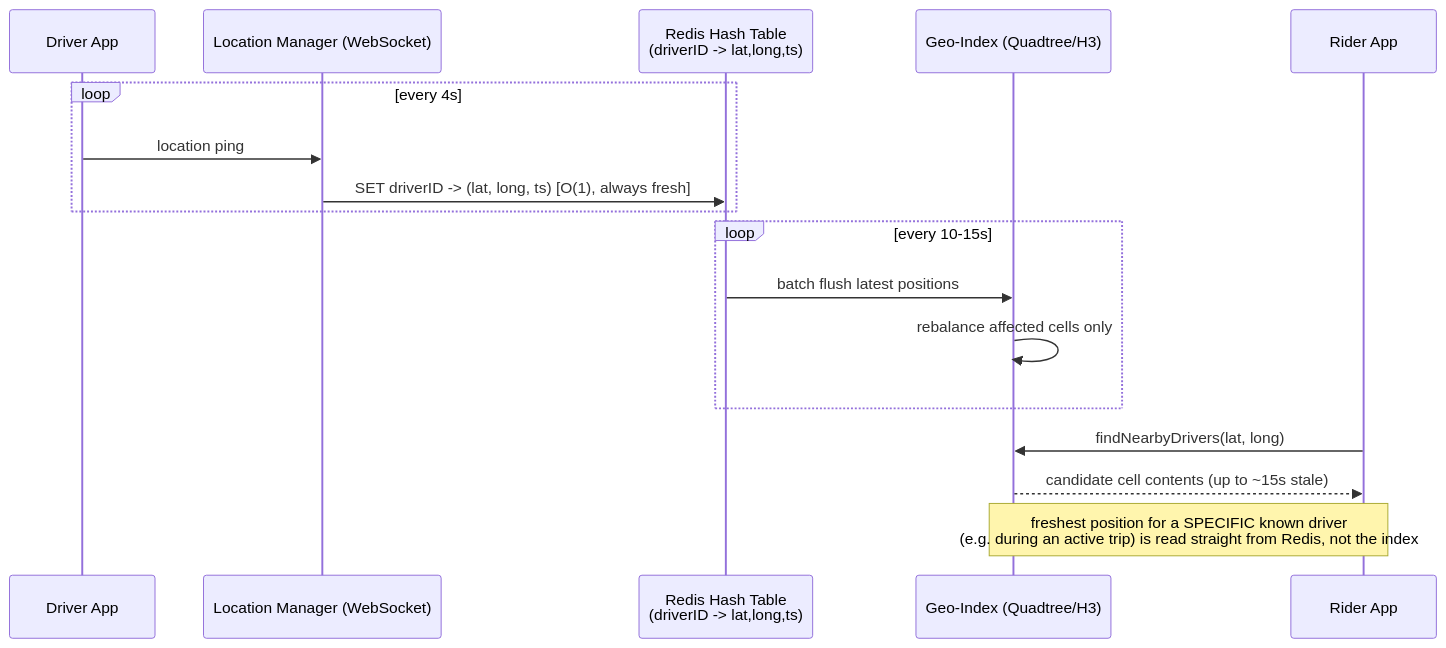
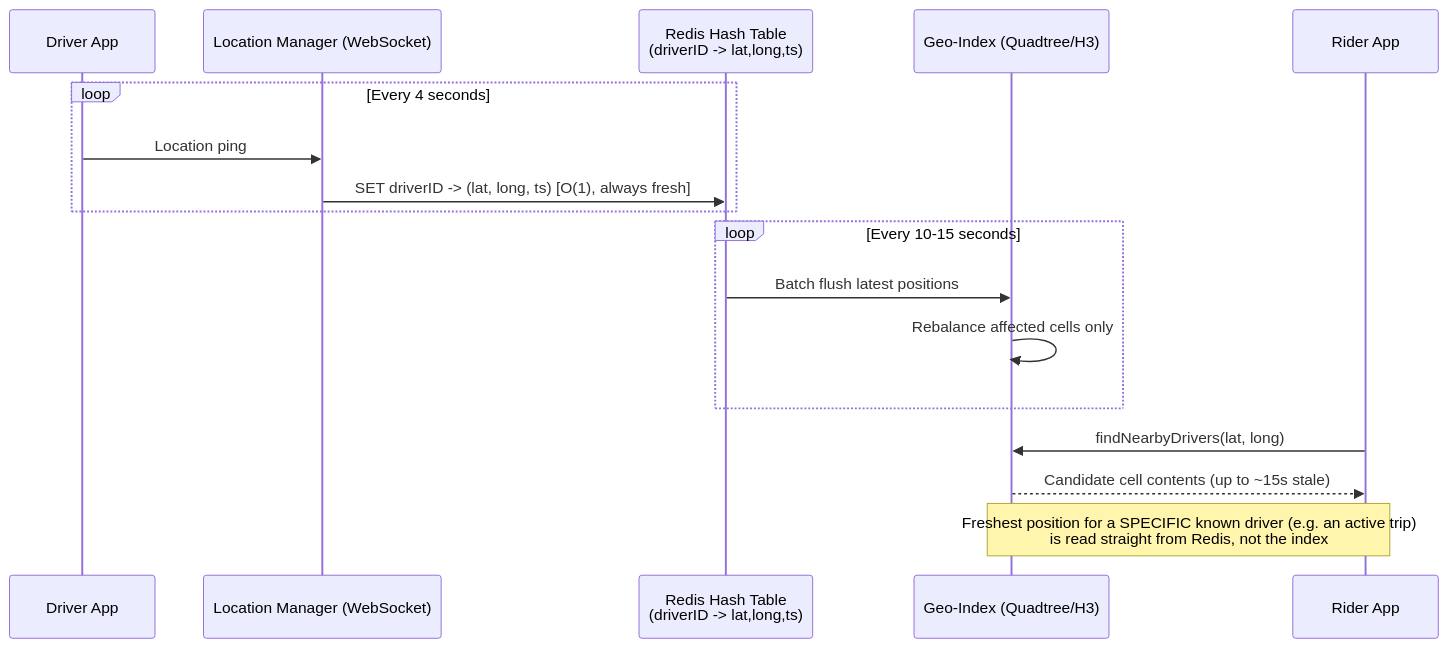
One commit to riyaz-pasha/Learnings changed the tenth of 25 diagrams in system-design/HLD/0-course/30-Design Uber-FAANG-Guide.md. Above: the diagram before and after it, drawn with Mermaid. The commit also changed other lines of this file and 1 other file, not shown here.

First line of the commit message:
[REWRITE] Design Uber guides: simplify prose, add structure, fix dark-theme diagrams

````diff
--- a/system-design/HLD/0-course/30-Design Uber-FAANG-Guide.md
+++ b/system-design/HLD/0-course/30-Design Uber-FAANG-Guide.md
@@ -550,20 +604,20 @@
 ```mermaid
 sequenceDiagram
-    participant D as Driver App
+    participant Driver as Driver App
     participant LM as Location Manager (WebSocket)
-    participant R as Redis Hash Table<br/>(driverID -> lat,long,ts)
-    participant Q as Geo-Index (Quadtree/H3)
+    participant Redis as Redis Hash Table<br/>(driverID -> lat,long,ts)
+    participant Idx as Geo-Index (Quadtree/H3)
     participant Rider as Rider App
 
-    loop every 4s
-        D->>LM: location ping
-        LM->>R: SET driverID -> (lat, long, ts)   [O(1), always fresh]
+    loop Every 4 seconds
+        Driver->>LM: Location ping
+        LM->>Redis: SET driverID -> (lat, long, ts) [O(1), always fresh]
     end
-    loop every 10-15s
-        R->>Q: batch flush latest positions
-        Q->>Q: rebalance affected cells only
+    loop Every 10-15 seconds
+        Redis->>Idx: Batch flush latest positions
+        Idx->>Idx: Rebalance affected cells only
     end
-    Rider->>Q: findNearbyDrivers(lat, long)
-    Q-->>Rider: candidate cell contents (up to ~15s stale)
-    Note over Rider,Q: freshest position for a SPECIFIC known driver<br/>(e.g. during an active trip) is read straight from Redis, not the index
+    Rider->>Idx: findNearbyDrivers(lat, long)
+    Idx-->>Rider: Candidate cell contents (up to ~15s stale)
+    Note over Rider,Idx: Freshest position for a SPECIFIC known driver (e.g. an active trip)<br/>is read straight from Redis, not the index
 ```
````
